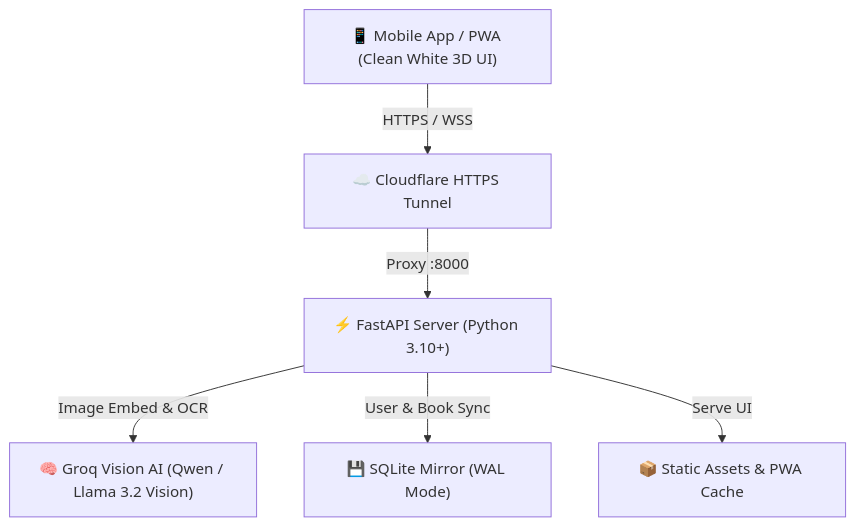
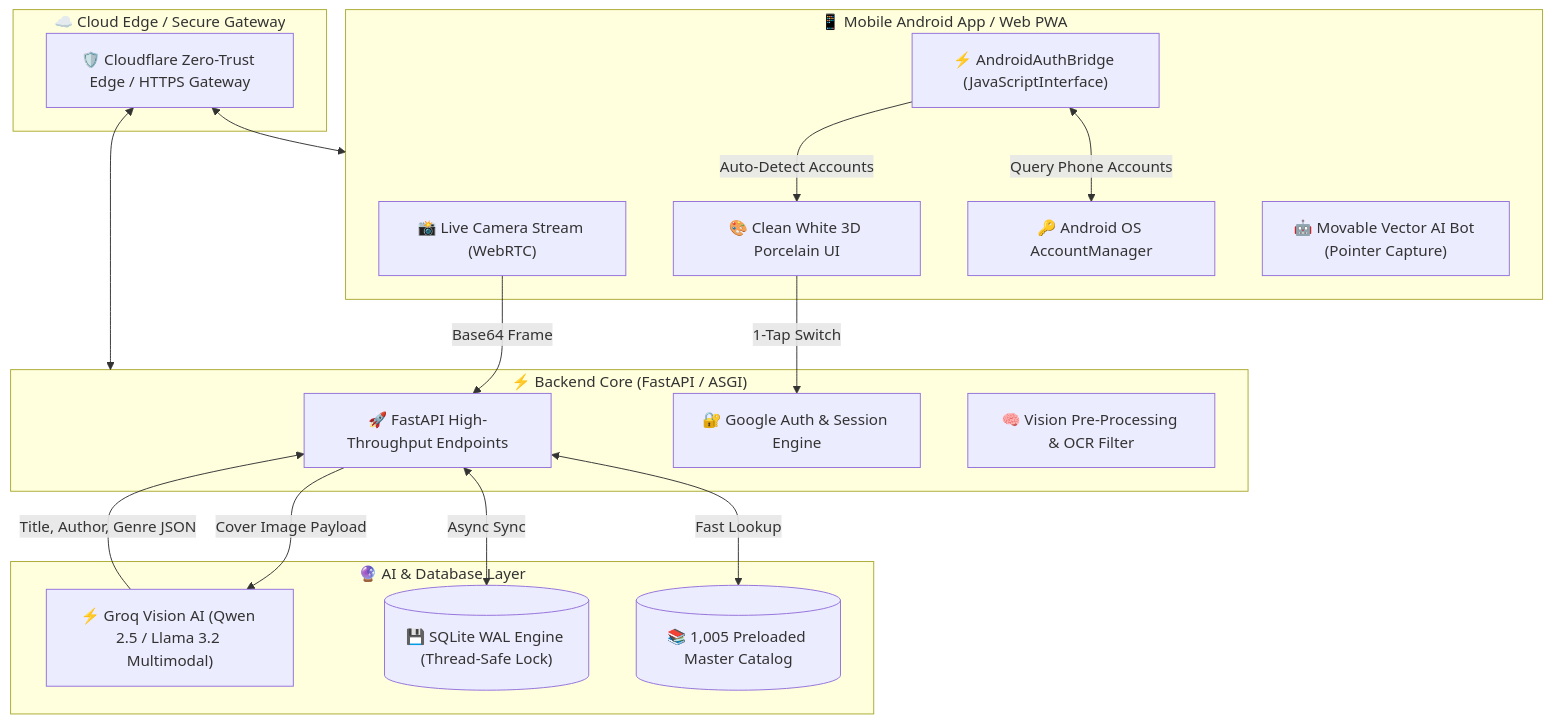
The diagram in README.md (Sivanesanbalu/Book_AI_Backend), drawn with Mermaid before and after one commit. The commit also changed other lines of this file and 5 other files, not shown here.

Commit message:
docs: publish formal developer README with mobile screenshots, architecture diagram and zero-localhost guidelines

````diff
--- a/README.md
+++ b/README.md
@@ -83,15 +47,37 @@
 ```mermaid
-graph TD
-    Client["📱 Mobile App / PWA (Clean White 3D UI)"]
-    Tunnel["☁️ Cloudflare HTTPS Tunnel"]
-    FastAPI["⚡ FastAPI Server (Python 3.10+)"]
-    Vision["🧠 Groq Vision AI (Qwen / Llama 3.2 Vision)"]
-    DB["💾 SQLite Mirror (WAL Mode)"]
-    Static["📦 Static Assets & PWA Cache"]
+flowchart TD
+    subgraph Client["📱 Mobile Android App / Web PWA"]
+        Cam["📸 Live Camera Stream (WebRTC)"]
+        UI["🎨 Clean White 3D Porcelain UI"]
+        Bridge["⚡ AndroidAuthBridge (JavaScriptInterface)"]
+        AccMgr["🔑 Android OS AccountManager"]
+        Bot["🤖 Movable Vector AI Bot (Pointer Capture)"]
+    end
 
-    Client -->|HTTPS / WSS| Tunnel
-    Tunnel -->|Proxy :8000| FastAPI
-    FastAPI -->|Image Embed & OCR| Vision
-    FastAPI -->|User & Book Sync| DB
-    FastAPI -->|Serve UI| Static
+    subgraph Edge["☁️ Cloud Edge / Secure Gateway"]
+        Tunnel["🛡️ Cloudflare Zero-Trust Edge / HTTPS Gateway"]
+    end
+
+    subgraph Backend["⚡ Backend Core (FastAPI / ASGI)"]
+        Router["🚀 FastAPI High-Throughput Endpoints"]
+        AuthHandler["🔐 Google Auth & Session Engine"]
+        VisionPipeline["🧠 Vision Pre-Processing & OCR Filter"]
+    end
+
+    subgraph Intelligence["🔮 AI & Database Layer"]
+        Groq["⚡ Groq Vision AI (Qwen 2.5 / Llama 3.2 Multimodal)"]
+        SQLStore[("💾 SQLite WAL Engine (Thread-Safe Lock)")]
+        Catalog[("📚 1,005 Preloaded Master Catalog")]
+    end
+
+    Cam -->|Base64 Frame| Router
+    Bridge <-->|Query Phone Accounts| AccMgr
+    Bridge -->|Auto-Detect Accounts| UI
+    UI -->|1-Tap Switch| AuthHandler
+    Router -->|Cover Image Payload| Groq
+    Groq -->|Title, Author, Genre JSON| Router
+    Router <-->|Async Sync| SQLStore
+    Router <-->|Fast Lookup| Catalog
+    Tunnel <--> Client
+    Tunnel <--> Backend
 ```
````
